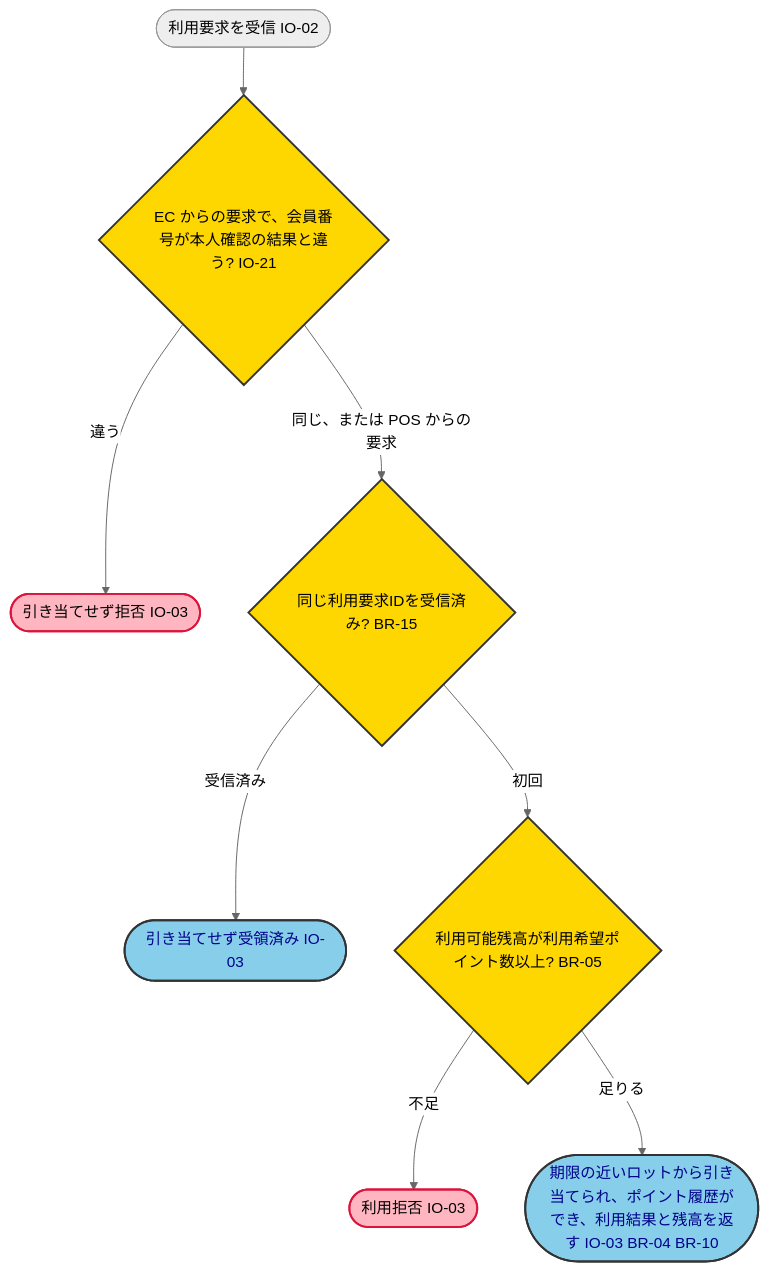
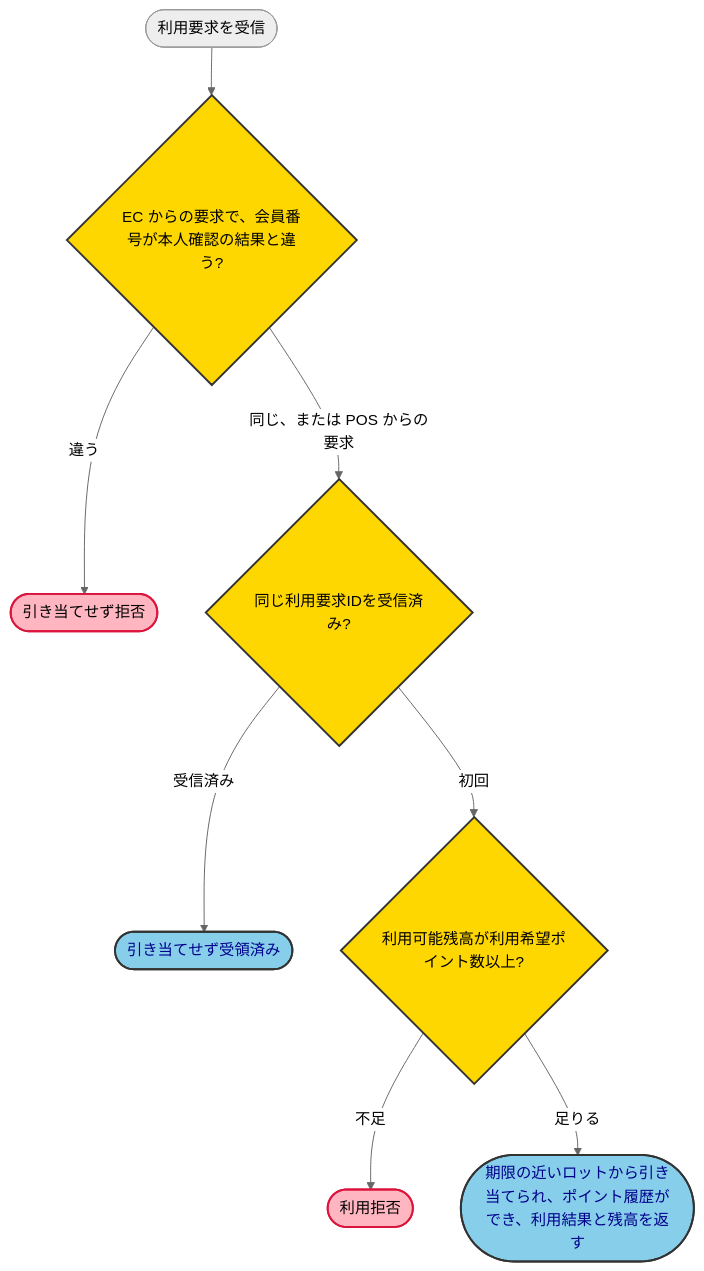
The fourth of 9 diagrams in samples/docs/requirements-detail.md (kasiopeiya/claude-dev-template), drawn with Mermaid (neutral theme) before and after one commit. The commit also changed other lines of this file, not shown here.

First line of the commit message:
docs: 手本のアクティビティ図から BR・AC・IO の ID を外す (#1977)

````diff
--- a/samples/docs/requirements-detail.md
+++ b/samples/docs/requirements-detail.md
@@ -621,17 +621,17 @@
 ```mermaid
 flowchart TD
-    start(["利用要求を受信 IO-02"]) --> auth{"EC からの要求で、会員番号が本人確認の結果と違う? IO-21"}
-    auth -->|違う| deny(["引き当てせず拒否 IO-03"])
-    auth -->|同じ、または POS からの要求| dup{"同じ利用要求IDを受信済み? BR-15"}
-    dup -->|受信済み| ack(["引き当てせず受領済み IO-03"])
-    dup -->|初回| enough{"利用可能残高が利用希望ポイント数以上? BR-05"}
-    enough -->|不足| reject(["利用拒否 IO-03"])
-    enough -->|足りる| used(["期限の近いロットから引き当てられ、ポイント履歴ができ、利用結果と残高を返す IO-03 BR-04 BR-10"])
+    start(["利用要求を受信"]) --> auth{"EC からの要求で、会員番号が本人確認の結果と違う?"}
+    auth -->|違う| deny(["引き当てせず拒否"])
+    auth -->|同じ、または POS からの要求| dup{"同じ利用要求IDを受信済み?"}
+    dup -->|受信済み| ack(["引き当てせず受領済み"])
+    dup -->|初回| enough{"利用可能残高が利用希望ポイント数以上?"}
+    enough -->|不足| reject(["利用拒否"])
+    enough -->|足りる| used(["期限の近いロットから引き当てられ、ポイント履歴ができ、利用結果と残高を返す"])
 
     classDef decision fill:#FFD700,stroke:#333,stroke-width:2px,color:black
     classDef result fill:#87CEEB,stroke:#333,stroke-width:2px,color:darkblue
     classDef error fill:#FFB6C1,stroke:#DC143C,stroke-width:2px,color:black
     class auth,dup,enough decision
     class ack,used result
     class deny,reject error
 ```
````
